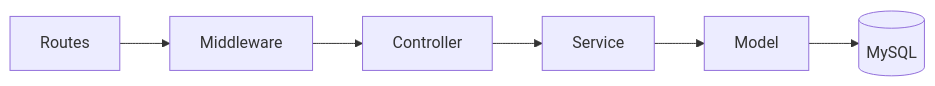
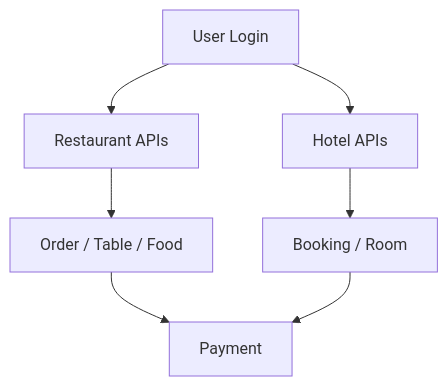
The first of 2 diagrams in README.md (RHS-Core/RHMS), drawn with Mermaid before and after one commit. The commit also changed other lines of this file, not shown here.

Commit message:
Revise backend flowchart and team member details
Updated the flowchart and team member roles in the README.

````diff
--- a/README.md
+++ b/README.md
@@ -9,8 +9,11 @@
 ```mermaid
-flowchart LR
-	A[Routes] --> B[Middleware]
-	B --> C[Controller]
-	C --> D[Service]
-	D --> E[Model]
-	E --> F[(MySQL)]
+flowchart TD
+    U[User Login] --> R1[Restaurant APIs]
+    U --> H1[Hotel APIs]
+
+    R1 --> O[Order / Table / Food]
+    H1 --> B[Booking / Room]
+
+    O --> P[Payment]
+    B --> P
 ```
````
